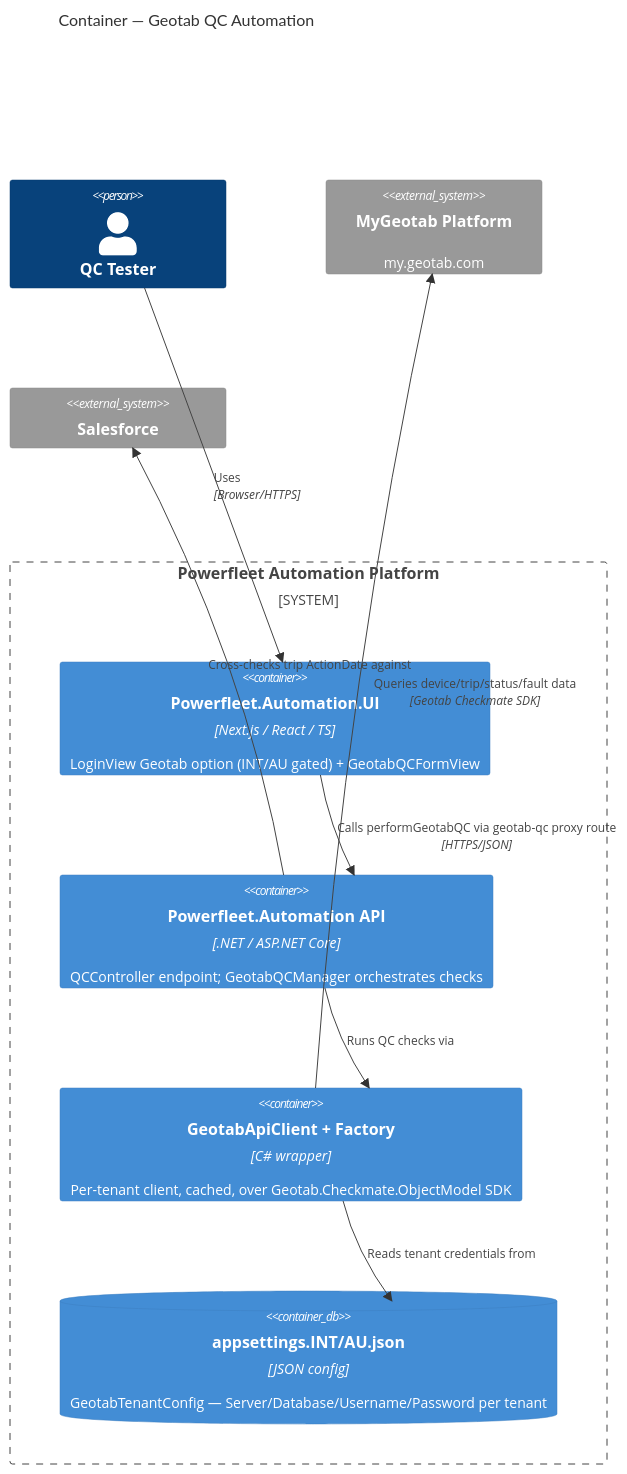
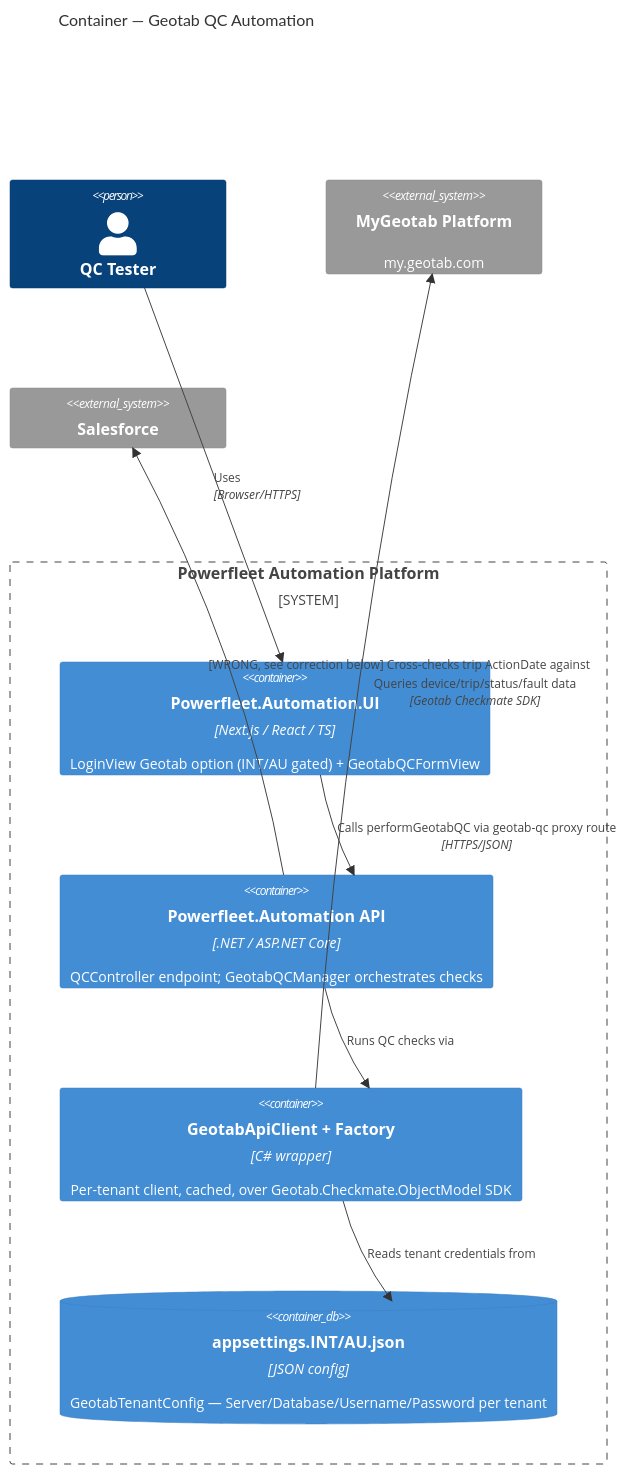
Before and after one commit to mraath/marty-mix: the second of 2 diagrams in GeoTab System Map.md, drawn with Mermaid. The commit also changed other lines of this file and 19 other files, not shown here.

````diff
--- a/GeoTab System Map.md
+++ b/GeoTab System Map.md
@@ -44,23 +47,23 @@
 ```mermaid
 C4Container
     title Container — Geotab QC Automation
 
     Person(tester, "QC Tester", "")
 
     System_Boundary(autoplatform, "Powerfleet Automation Platform") {
         Container(ui, "Powerfleet.Automation.UI", "Next.js / React / TS", "LoginView Geotab option (INT/AU gated) + GeotabQCFormView")
         Container(api, "Powerfleet.Automation API", ".NET / ASP.NET Core", "QCController endpoint; GeotabQCManager orchestrates checks")
         Container(client, "GeotabApiClient + Factory", "C# wrapper", "Per-tenant client, cached, over Geotab.Checkmate.ObjectModel SDK")
         ContainerDb(config, "appsettings.INT/AU.json", "JSON config", "GeotabTenantConfig — Server/Database/Username/Password per tenant")
     }
 
     System_Ext(geotab, "MyGeotab Platform", "my.geotab.com")
     System_Ext(salesforce, "Salesforce", "")
 
     Rel(tester, ui, "Uses", "Browser/HTTPS")
     Rel(ui, api, "Calls performGeotabQC via geotab-qc proxy route", "HTTPS/JSON")
     Rel(api, client, "Runs QC checks via")
     Rel(client, config, "Reads tenant credentials from")
     Rel(client, geotab, "Queries device/trip/status/fault data", "Geotab Checkmate SDK")
-    Rel(api, salesforce, "Cross-checks trip ActionDate against")
+    Rel(api, salesforce, "[WRONG, see correction below] Cross-checks trip ActionDate against")
 ```
````
